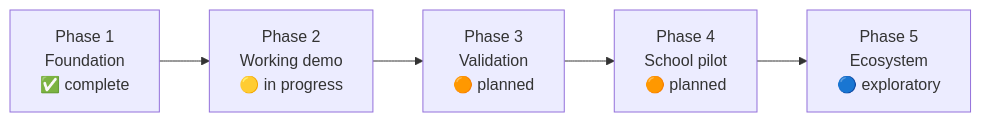
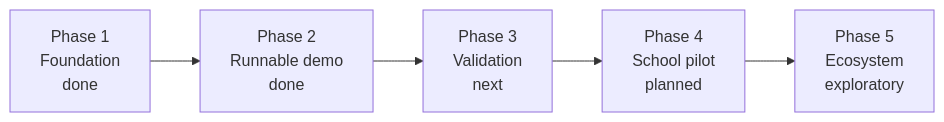
The diagram in docs/07-roadmap.md (winxtxrgit/futureme-ai), drawn with Mermaid before and after one commit. The commit also changed other lines of this file and 9 other files, not shown here.

````diff
--- a/docs/07-roadmap.md
+++ b/docs/07-roadmap.md
@@ -9,7 +15,7 @@
 ```mermaid
 flowchart LR
-    P1["Phase 1<br/>Foundation<br/>✅ complete"] --> P2["Phase 2<br/>Working demo<br/>🟡 in progress"]
-    P2 --> P3["Phase 3<br/>Validation<br/>🟠 planned"]
-    P3 --> P4["Phase 4<br/>School pilot<br/>🟠 planned"]
-    P4 --> P5["Phase 5<br/>Ecosystem<br/>🔵 exploratory"]
+    P1["Phase 1<br/>Foundation<br/>done"] --> P2["Phase 2<br/>Runnable demo<br/>done"]
+    P2 --> P3["Phase 3<br/>Validation<br/>next"]
+    P3 --> P4["Phase 4<br/>School pilot<br/>planned"]
+    P4 --> P5["Phase 5<br/>Ecosystem<br/>exploratory"]
 ```
````
